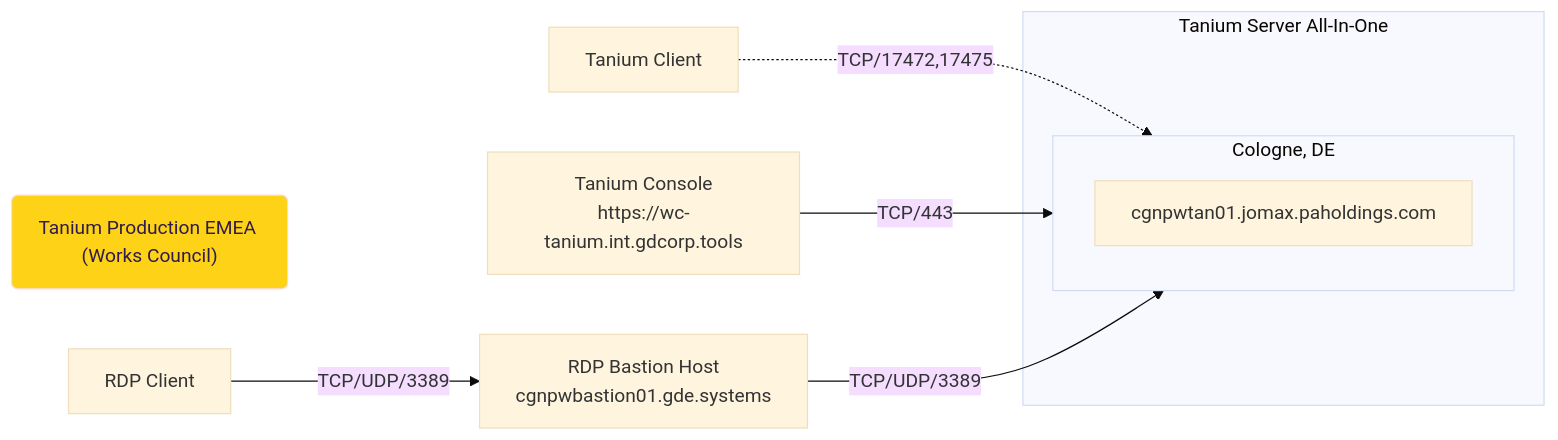
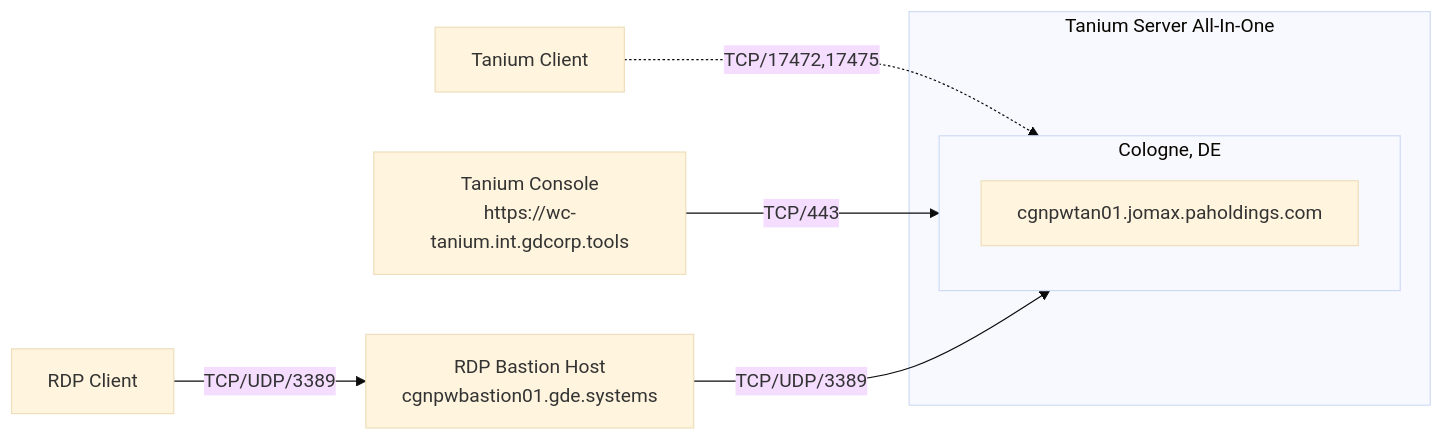
The diagram in docs/diagrams/src/tanium-architecture-prod-emea.mmd (gdsec-test/tsa-tanium-config), drawn with Mermaid (base theme) before and after one commit.

Commit message:
Remove title node; styles unused

```diff
--- a/docs/diagrams/src/tanium-architecture-prod-emea.mmd
+++ b/docs/diagrams/src/tanium-architecture-prod-emea.mmd
@@ -1,30 +1,30 @@
 flowchart LR
     %% Define nodes and subgraphs
     subgraph TS["Tanium Server All-In-One"]
         subgraph TS_CGN["Cologne, DE"]
             TS_CGN_1["cgnpwtan01.jomax.paholdings.com"]
         end
     end
     
     %% Define nodes not part of a subgraph
-    Title("Tanium Production EMEA (Works Council)"):::StyleGoDaddyProdEMEA
+    %% Title("Tanium Production EMEA (Works Council)"):::StyleGoDaddyProdEMEA
     TaniumClient["Tanium Client"]
     TaniumConsole["Tanium Console<br/>https://wc-tanium.int.gdcorp.tools"]
     RDPBastion["RDP Bastion Host<br/>cgnpwbastion01.gde.systems"]
     RDPClient["RDP Client"]
 
     %% Define relationships
     TaniumClient -.->|"TCP/17472,17475"| TS_CGN
     TaniumConsole -->|"TCP/443"| TS_CGN
     RDPClient -->|"TCP/UDP/3389"| RDPBastion -->|"TCP/UDP/3389"| TS_CGN
 
     %% Add hyperlinks
     click TaniumConsole "https://wc-tanium.int.gdcorp.tools" "Tanium Console (VPN Required)"
 
     %% Define styles
     classDef StyleGoDaddyProd fill:#E22726,color:#000000,stroke:#FFFFFF,stroke-width:1px;
     classDef StyleGoDaddyProdEMEA fill:#FED317,color:#2F1C4C,stroke:#FADCD9,stroke-width:1px;
     classDef StyleGoDaddyDev fill:#00782E,color:#D8EFEF,stroke:#FFEEA9,stroke-width:1px;
     
     %% Assign styles
     %%class Title StyleGoDaddyProdEMEA;
```
